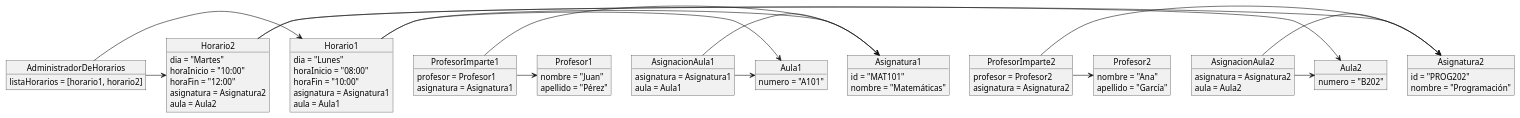
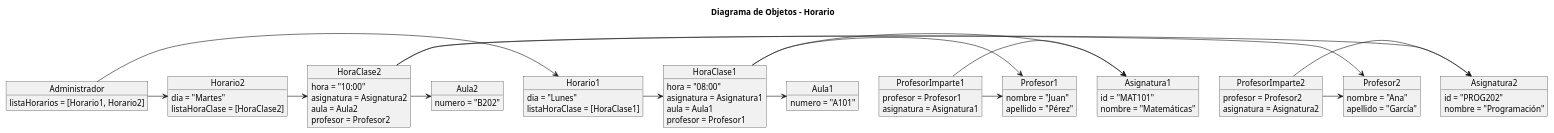
Before and after one commit to mmasias/24-25-IdSw1-SDR: the diagram in modeloDelDominio/plantUML/diagramaObjetos.puml, drawn with PlantUML.

```diff
--- a/modeloDelDominio/plantUML/diagramaObjetos.puml
+++ b/modeloDelDominio/plantUML/diagramaObjetos.puml
@@ -1,91 +1,89 @@
 @startuml
-object AdministradorDeHorarios {
-  listaHorarios = [horario1, horario2]
+title Diagrama de Objetos - Horario
+
+object Administrador {
+  listaHorarios = [Horario1, Horario2]
 }
 
 object Profesor1 {
   nombre = "Juan"
   apellido = "Pérez"
 }
 
 object Profesor2 {
   nombre = "Ana"
   apellido = "García"
 }
 
 object Asignatura1 {
   id = "MAT101"
   nombre = "Matemáticas"
 }
 
 object Asignatura2 {
   id = "PROG202"
   nombre = "Programación"
 }
 
 object Aula1 {
   numero = "A101"
 }
 
 object Aula2 {
   numero = "B202"
 }
 
 object Horario1 {
   dia = "Lunes"
-  horaInicio = "08:00"
-  horaFin = "10:00"
-  asignatura = Asignatura1
-  aula = Aula1
+  listaHoraClase = [HoraClase1]
 }
 
 object Horario2 {
   dia = "Martes"
-  horaInicio = "10:00"
-  horaFin = "12:00"
+  listaHoraClase = [HoraClase2]
+}
+
+object HoraClase1 {
+  hora = "08:00"
+  asignatura = Asignatura1
+  aula = Aula1
+  profesor = Profesor1
+}
+
+object HoraClase2 {
+  hora = "10:00"
   asignatura = Asignatura2
   aula = Aula2
+  profesor = Profesor2
 }
 
 object ProfesorImparte1 {
   profesor = Profesor1
   asignatura = Asignatura1
 }
 
 object ProfesorImparte2 {
   profesor = Profesor2
   asignatura = Asignatura2
 }
 
-object AsignacionAula1 {
-  asignatura = Asignatura1
-  aula = Aula1
-}
+Administrador -> Horario1
+Administrador -> Horario2
 
-object AsignacionAula2 {
-  asignatura = Asignatura2
-  aula = Aula2
-}
+Horario1 -> HoraClase1
+Horario2 -> HoraClase2
 
-AdministradorDeHorarios -> Horario1
-AdministradorDeHorarios -> Horario2
+HoraClase1 -> Asignatura1
+HoraClase1 -> Aula1
+HoraClase1 -> Profesor1
+
+HoraClase2 -> Asignatura2
+HoraClase2 -> Aula2
+HoraClase2 -> Profesor2
 
 ProfesorImparte1 -> Profesor1
 ProfesorImparte1 -> Asignatura1
 
 ProfesorImparte2 -> Profesor2
 ProfesorImparte2 -> Asignatura2
-
-AsignacionAula1 -> Asignatura1
-AsignacionAula1 -> Aula1
-
-AsignacionAula2 -> Asignatura2
-AsignacionAula2 -> Aula2
-
-Horario1 -> Asignatura1
-Horario1 -> Aula1
-
-Horario2 -> Asignatura2
-Horario2 -> Aula2
-
 @enduml
```
